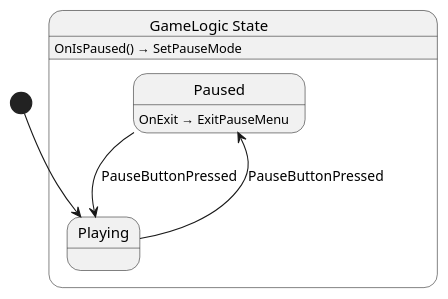
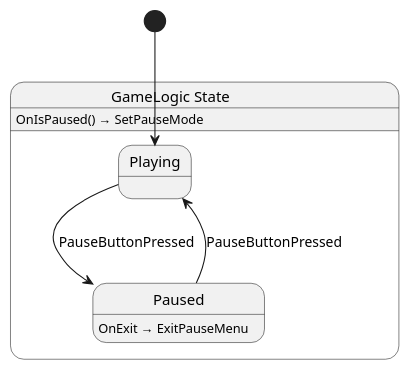
The diagram in src/game/state/GameLogic.g.puml (Nilsiker/Adventure), drawn with PlantUML before and after one commit. The commit also changed other lines of this file and 3 other files, not shown here.

```diff
--- a/src/game/state/GameLogic.g.puml
+++ b/src/game/state/GameLogic.g.puml
@@ -1,14 +1,14 @@
 @startuml GameLogic
 state "GameLogic State" as Shellguard_Game_State_GameLogic_State {
+  state "Playing" as Shellguard_Game_State_GameLogic_State_Playing
   state "Paused" as Shellguard_Game_State_GameLogic_State_Paused
-  state "Playing" as Shellguard_Game_State_GameLogic_State_Playing
 }
 
 Shellguard_Game_State_GameLogic_State_Paused --> Shellguard_Game_State_GameLogic_State_Playing : PauseButtonPressed
 Shellguard_Game_State_GameLogic_State_Playing --> Shellguard_Game_State_GameLogic_State_Paused : PauseButtonPressed
 
 Shellguard_Game_State_GameLogic_State : OnIsPaused() → SetPauseMode
 Shellguard_Game_State_GameLogic_State_Paused : OnExit → ExitPauseMenu
 
 [*] --> Shellguard_Game_State_GameLogic_State_Playing
 @enduml
```
